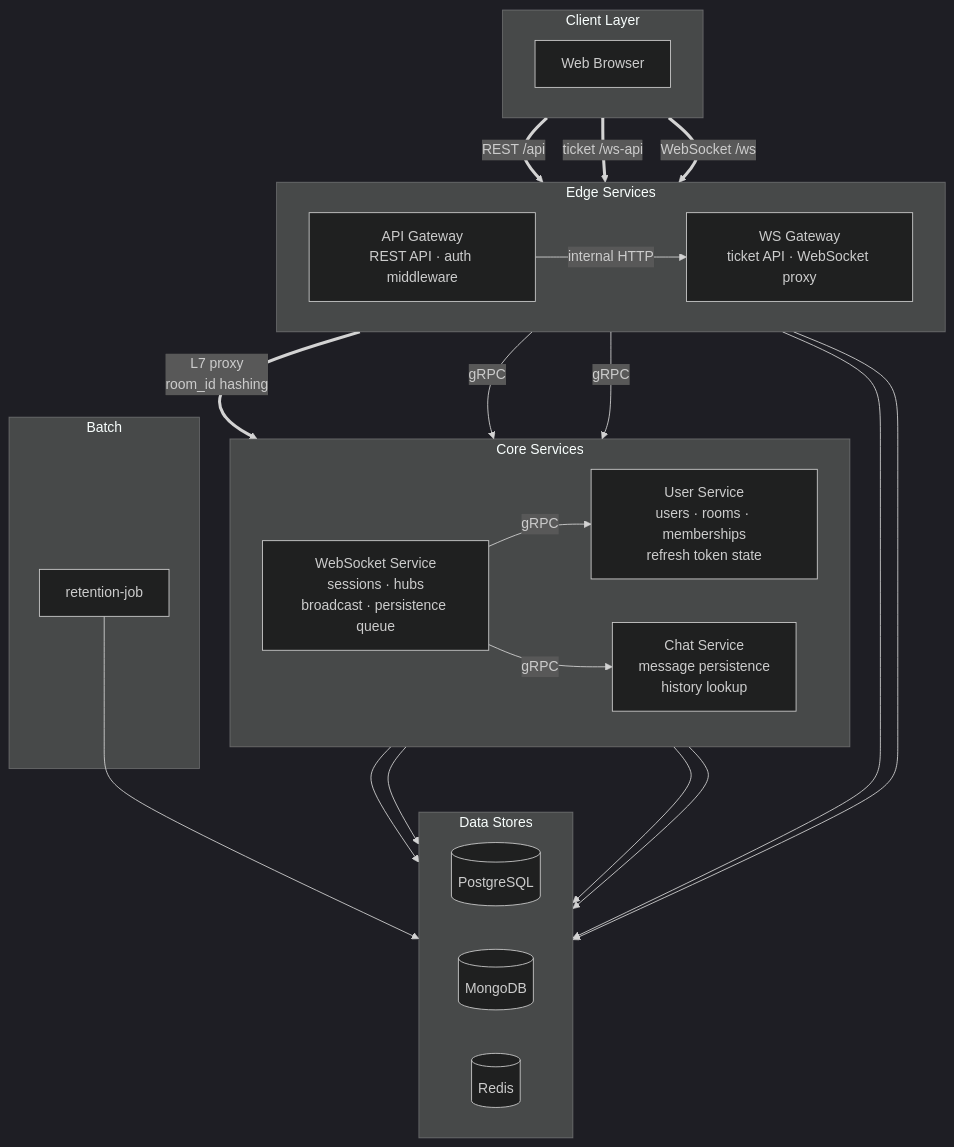
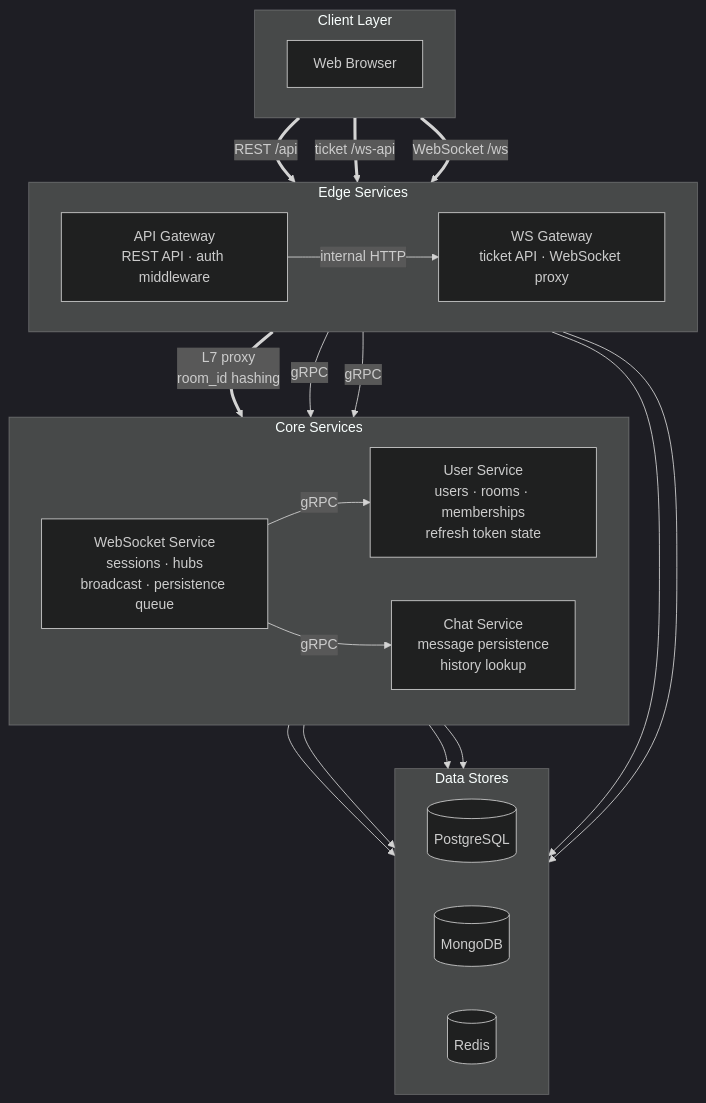
The diagram in README.md (happyhun/go-chat-msa), drawn with Mermaid (dark theme) before and after one commit. The commit also changed other lines of this file and 9 other files, not shown here.

````diff
--- a/README.md
+++ b/README.md
@@ -123,51 +104,46 @@
 ```mermaid
 flowchart TB
     subgraph ClientLayer ["Client Layer"]
         direction LR
         Browser["Web Browser"]
     end
 
     subgraph Edge ["Edge Services"]
         direction LR
         AGW["API Gateway<br/>REST API · auth middleware"]
         WSGW["WS Gateway<br/>ticket API · WebSocket proxy"]
     end
 
     subgraph Core ["Core Services"]
         direction LR
         UserSvc["User Service<br/>users · rooms · memberships<br/>refresh token state"]
         ChatSvc["Chat Service<br/>message persistence<br/>history lookup"]
         WSSvc["WebSocket Service<br/>sessions · hubs<br/>broadcast · persistence queue"]
     end
 
     subgraph Data ["Data Stores"]
         direction LR
         PG[("PostgreSQL")]
         MG[("MongoDB")]
         RD[("Redis")]
     end
 
-    subgraph Batch ["Batch"]
-        Retention["retention-job"]
-    end
-
     Browser == "REST /api" ==> AGW
     Browser == "ticket /ws-api" ==> WSGW
     Browser == "WebSocket /ws" ==> WSGW
 
     AGW -- "internal HTTP" --> WSGW
     WSGW == "L7 proxy<br/>room_id hashing" ==> WSSvc
 
     AGW -- "gRPC" --> UserSvc
     AGW -- "gRPC" --> ChatSvc
     WSSvc -- "gRPC" --> UserSvc
     WSSvc -- "gRPC" --> ChatSvc
 
     UserSvc --> PG
     UserSvc --> RD
     ChatSvc --> MG
     AGW --> RD
     WSGW --> RD
     WSSvc --> RD
-    Retention --> PG
 ```
````
